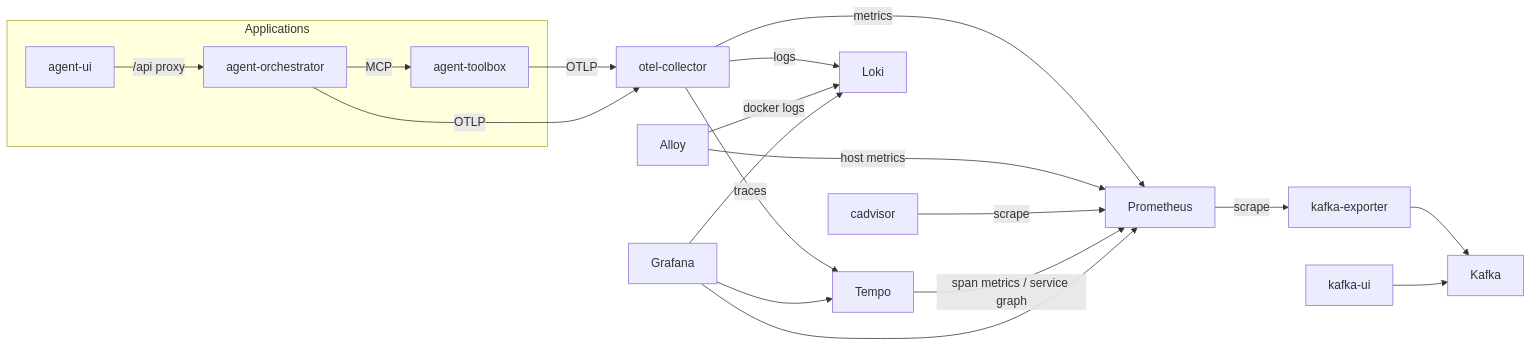
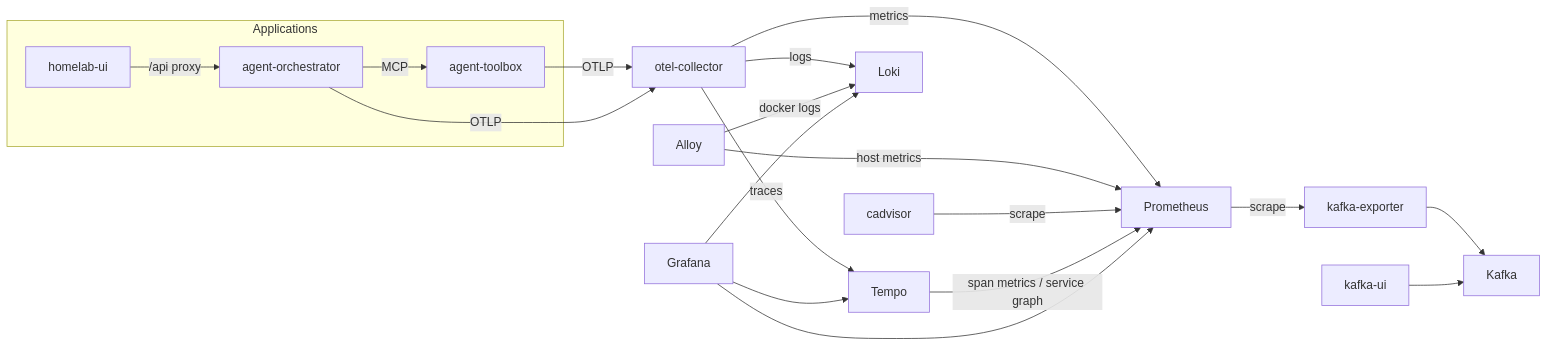
Before and after one commit to s-toufik/homelab-infra: the diagram in README.md, drawn with Mermaid. The commit also changed other lines of this file and 4 other files, not shown here.

````diff
--- a/README.md
+++ b/README.md
@@ -10,19 +10,19 @@
 ```mermaid
 flowchart LR
   subgraph apps[Applications]
-    UI[agent-ui] -->|/api proxy| AG
+    UI[homelab-ui] -->|/api proxy| AG
     TB[agent-toolbox]
     AG[agent-orchestrator] -->|MCP| TB
   end
   TB & AG -->|OTLP| OC[otel-collector]
   OC -->|traces| T[Tempo]
   OC -->|metrics| P[Prometheus]
   OC -->|logs| L[Loki]
   AL[Alloy] -->|host metrics| P
   AL -->|docker logs| L
   CA[cadvisor] -->|scrape| P
   T -->|span metrics / service graph| P
   P -->|scrape| KE[kafka-exporter] --> K[Kafka]
   KU[kafka-ui] --> K
   G[Grafana] --> P & L & T
 ```
````
